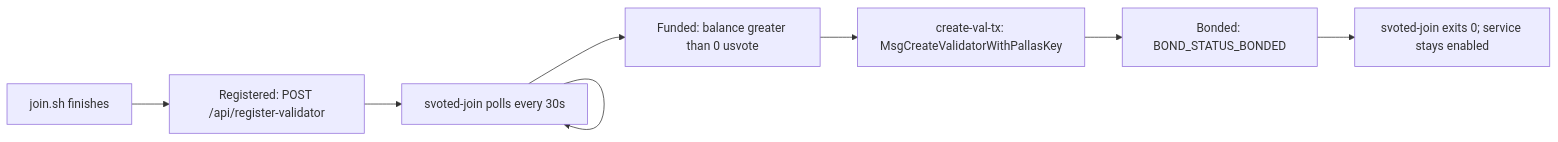
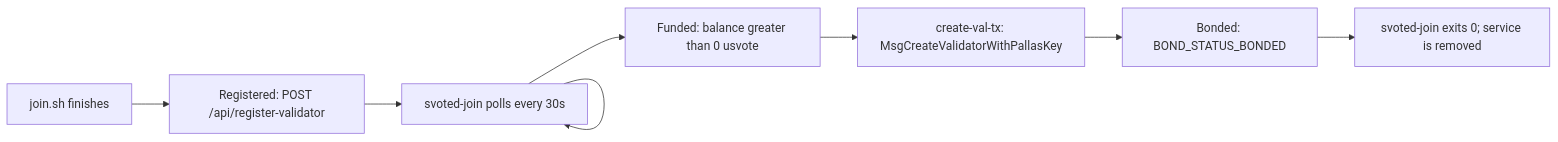
Before and after one commit to valargroup/vote-sdk: the diagram in docs/runbooks/join-chain.md, drawn with Mermaid. The commit also changed other lines of this file and 2 other files, not shown here.

First line of the commit message:
Remove temporary join service after bonding

````diff
--- a/docs/runbooks/join-chain.md
+++ b/docs/runbooks/join-chain.md
@@ -102,10 +102,10 @@
 ```mermaid
 flowchart LR
   installed["join.sh finishes"] --> registered["Registered: POST /api/register-validator"]
   registered --> poll["svoted-join polls every 30s"]
   poll --> funded["Funded: balance greater than 0 usvote"]
   funded --> createValTx["create-val-tx: MsgCreateValidatorWithPallasKey"]
   createValTx --> bonded["Bonded: BOND_STATUS_BONDED"]
-  bonded --> done["svoted-join exits 0; service stays enabled"]
+  bonded --> done["svoted-join exits 0; service is removed"]
   poll --> poll
 ```
````
